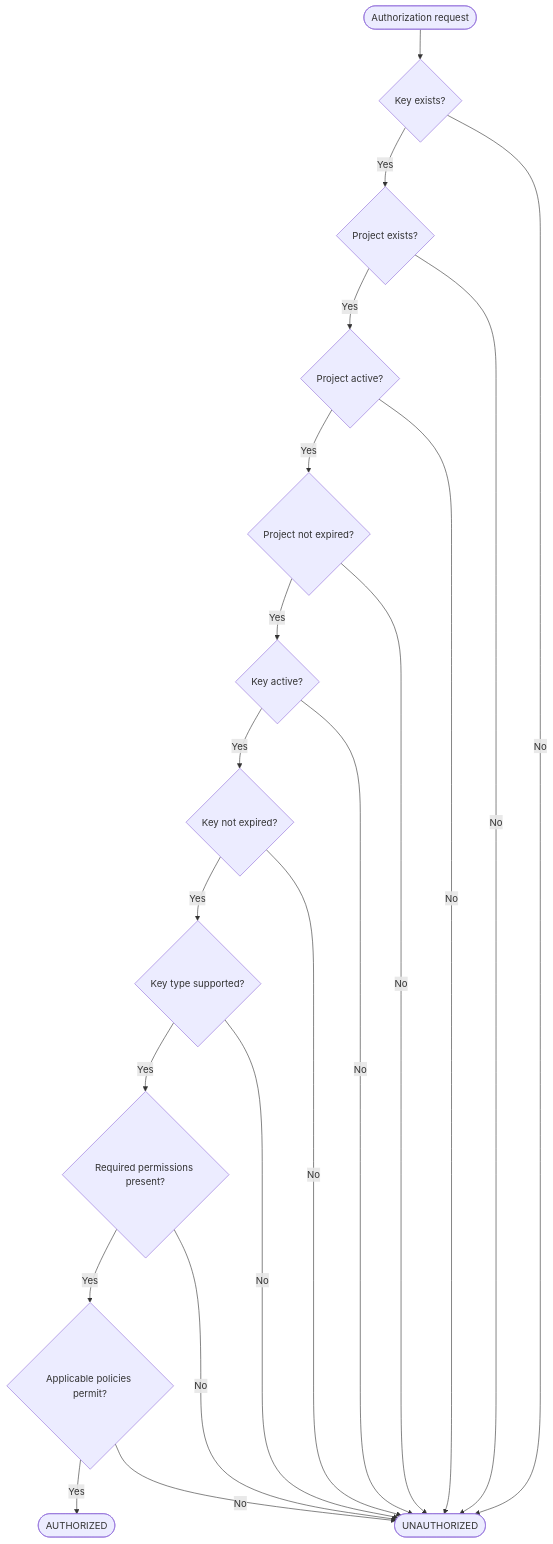
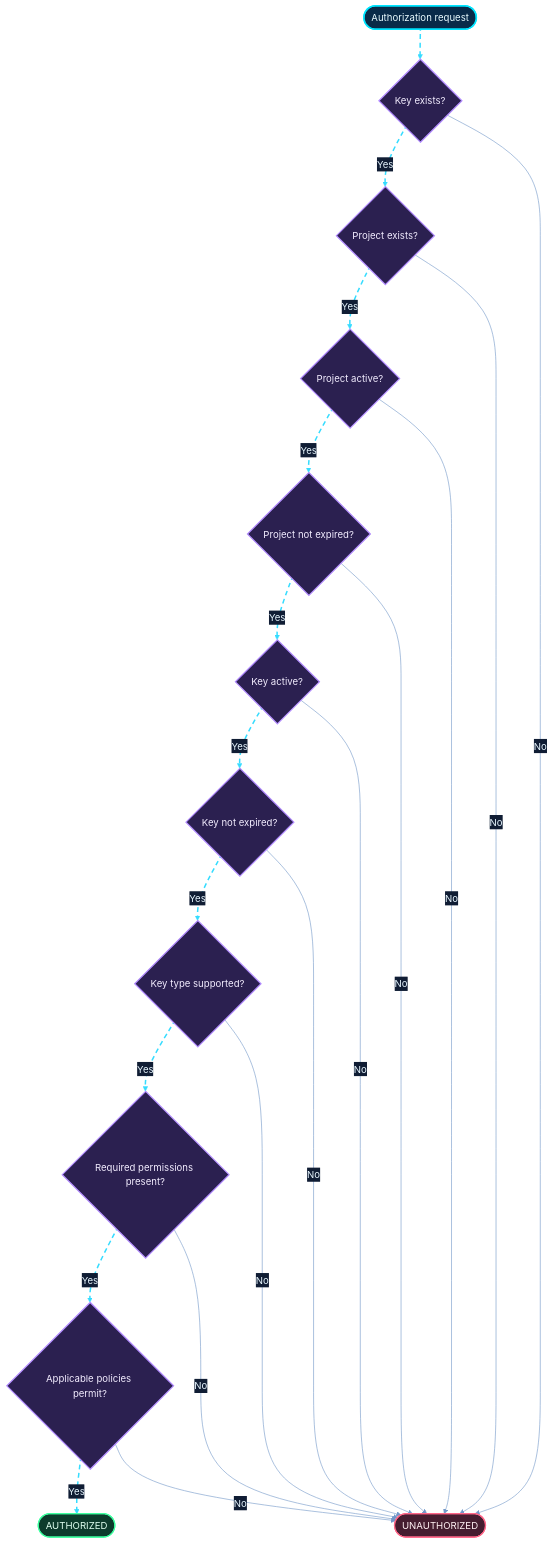
Diagram 12 of 23 in README.md (shajeduzzamanenan992008inc/NexOra-Database-key-Gen), drawn with Mermaid before and after one commit. The commit also changed other lines of this file, not shown here.

````diff
--- a/README.md
+++ b/README.md
@@ -864,22 +1053,42 @@
 ```mermaid
+%%{init: {"theme":"base","themeVariables":{"darkMode":true,"background":"#07111f","primaryColor":"#102744","primaryTextColor":"#e8f7ff","primaryBorderColor":"#00d9ff","lineColor":"#7297c8","secondaryColor":"#261d45","secondaryTextColor":"#f3eaff","secondaryBorderColor":"#a78bfa","tertiaryColor":"#12332b","tertiaryTextColor":"#e0fff1","tertiaryBorderColor":"#41e6a2","fontFamily":"Inter, Segoe UI, sans-serif","edgeLabelBackground":"#101d34","mainBkg":"#102744","nodeBorder":"#00d9ff","clusterBkg":"#0b1930","clusterBorder":"#6f7dff","actorBkg":"#102744","actorBorder":"#00d9ff","actorTextColor":"#e8f7ff","signalColor":"#64d8ff","signalTextColor":"#e8f7ff","noteBkgColor":"#0e332b","noteBorderColor":"#41e6a2","noteTextColor":"#e0fff1"}}}%%
 flowchart TD
-    R(["Authorization request"]) --> Q1{"Key exists?"}
-    Q1 -->|Yes| Q2{"Project exists?"}
-    Q2 -->|Yes| Q3{"Project active?"}
-    Q3 -->|Yes| Q4{"Project not expired?"}
-    Q4 -->|Yes| Q5{"Key active?"}
-    Q5 -->|Yes| Q6{"Key not expired?"}
-    Q6 -->|Yes| Q7{"Key type supported?"}
-    Q7 -->|Yes| Q8{"Required permissions present?"}
-    Q8 -->|Yes| Q9{"Applicable policies permit?"}
-    Q9 -->|Yes| OK(["AUTHORIZED"])
+    R(["Authorization request"]) nx10e01@--> Q1{"Key exists?"}
+    Q1 nx10e02@-->|Yes| Q2{"Project exists?"}
+    Q2 nx10e03@-->|Yes| Q3{"Project active?"}
+    Q3 nx10e04@-->|Yes| Q4{"Project not expired?"}
+    Q4 nx10e05@-->|Yes| Q5{"Key active?"}
+    Q5 nx10e06@-->|Yes| Q6{"Key not expired?"}
+    Q6 nx10e07@-->|Yes| Q7{"Key type supported?"}
+    Q7 nx10e08@-->|Yes| Q8{"Required permissions present?"}
+    Q8 nx10e09@-->|Yes| Q9{"Applicable policies permit?"}
+    Q9 nx10e10@-->|Yes| OK(["AUTHORIZED"])
     Q1 -->|No| NO(["UNAUTHORIZED"])
     Q2 -->|No| NO
     Q3 -->|No| NO
     Q4 -->|No| NO
     Q5 -->|No| NO
     Q6 -->|No| NO
     Q7 -->|No| NO
     Q8 -->|No| NO
     Q9 -->|No| NO
+
+    %% OMEGA NEX-ORA visual classes
+    %% OMEGA NEX-ORA / ULTRA NEON PALETTE
+    classDef nxCore fill:#092b49,stroke:#00e5ff,stroke-width:2.5px,color:#e9fbff;
+    classDef nxProcess fill:#102b45,stroke:#3dbcf5,stroke-width:1.5px,color:#e9f6ff;
+    classDef nxDecision fill:#2b2050,stroke:#b38cff,stroke-width:2px,color:#f3edff;
+    classDef nxSuccess fill:#0d3b2c,stroke:#3fffa0,stroke-width:2px,color:#e0fff0;
+    classDef nxDanger fill:#451d30,stroke:#ff6688,stroke-width:2px,color:#fff0f3;
+    classDef nxData fill:#12352d,stroke:#63e6be,stroke-width:2px,color:#e1fff5;
+    classDef nxExternal fill:#2b2149,stroke:#c4a5ff,stroke-width:2px,color:#f3ecff;
+    classDef nxInfo fill:#17253e,stroke:#91a7c9,stroke-width:1.5px,color:#e5efff;
+    classDef nxWarning fill:#453116,stroke:#fbbf24,stroke-width:2px,color:#fff6d6;
+    %% Moving dashed route: Mermaid applies this class to explicitly identified edges.
+    classDef nxAnimated stroke:#35dcff,stroke-width:2.5px,stroke-dasharray:8\,6,stroke-dashoffset:1000,animation:dash 24s linear infinite;
+    class R nxCore;
+    class Q1,Q2,Q3,Q4,Q5,Q6,Q7,Q8,Q9 nxDecision;
+    class OK nxSuccess;
+    class NO nxDanger;
+    class nx10e01,nx10e02,nx10e03,nx10e04,nx10e05,nx10e06,nx10e07,nx10e08,nx10e09,nx10e10 nxAnimated;
 ```
````
